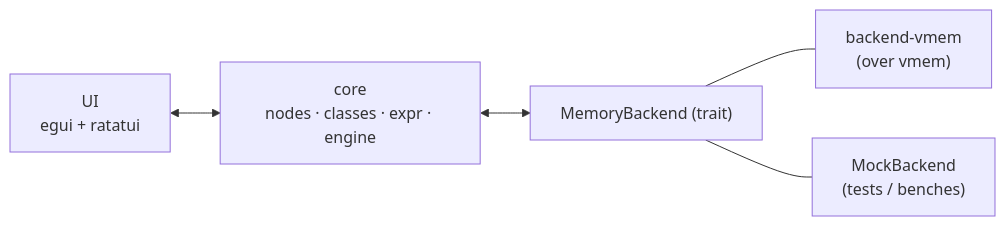
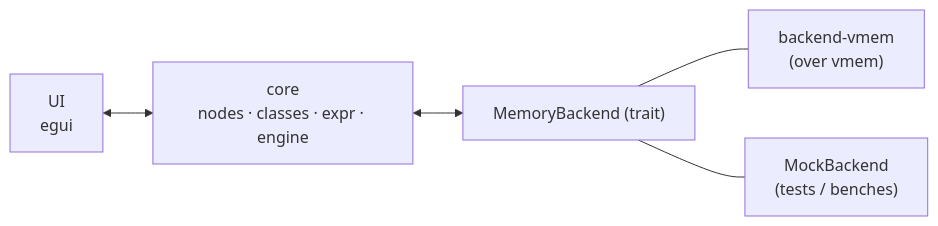
The diagram in docs/architecture.md (Jirubizu/reclass-rs), drawn with Mermaid before and after one commit. The commit also changed other lines of this file and 10 other files, not shown here.

````diff
--- a/docs/architecture.md
+++ b/docs/architecture.md
@@ -7,7 +7,7 @@
 ```mermaid
 flowchart LR
-    UI["UI<br/>egui + ratatui"] <--> CORE["core<br/>nodes · classes · expr · engine"]
+    UI["UI<br/>egui"] <--> CORE["core<br/>nodes · classes · expr · engine"]
     CORE <--> BE["MemoryBackend (trait)"]
     BE --- VMEM["backend-vmem<br/>(over vmem)"]
     BE --- MOCK["MockBackend<br/>(tests / benches)"]
 ```
````
